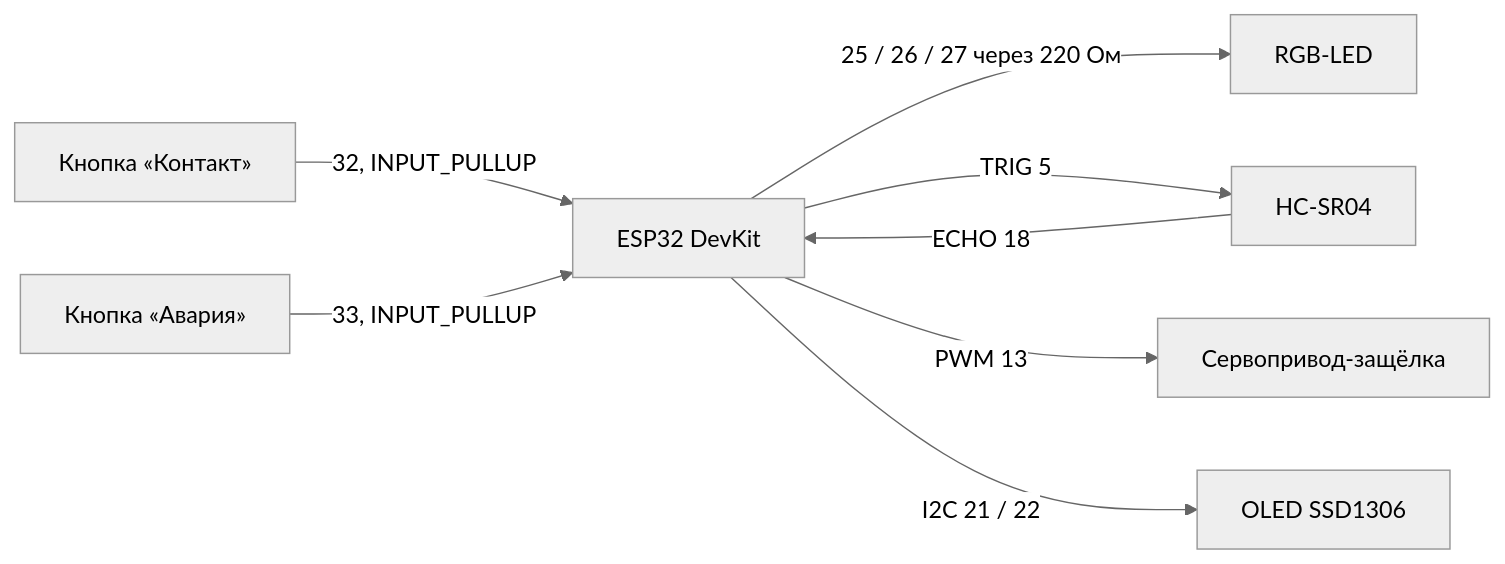
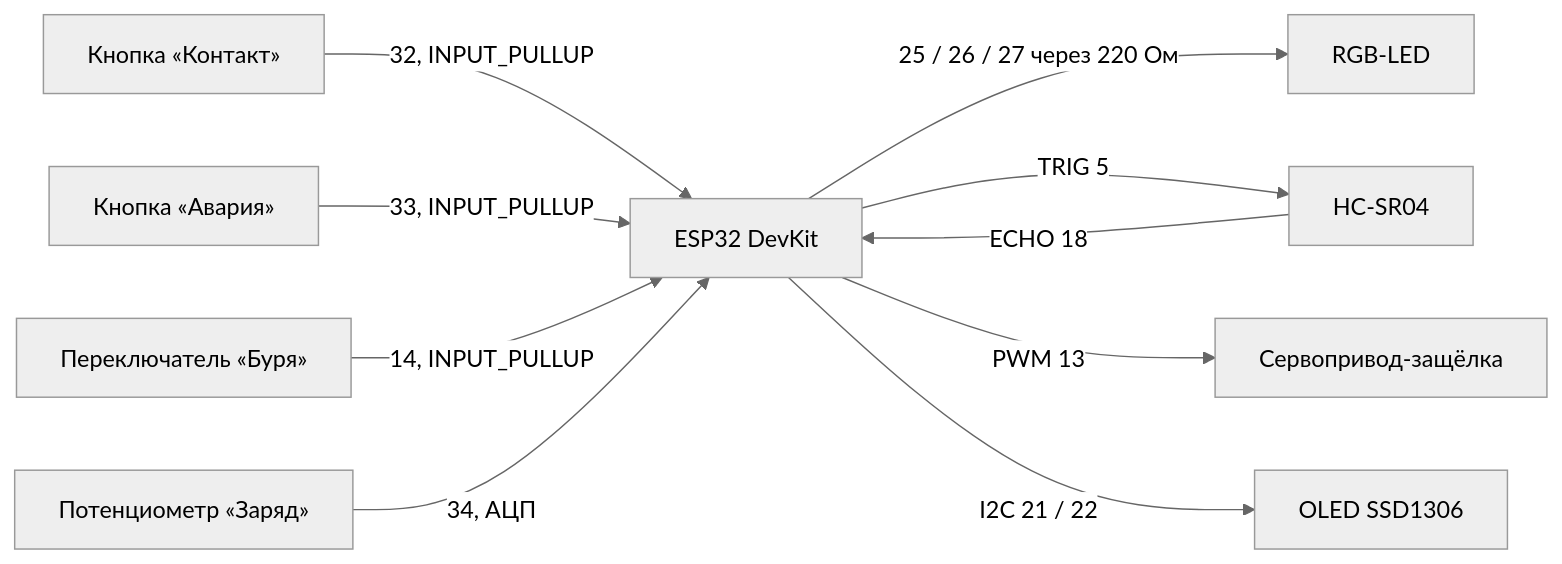
The diagram in docs/hardware.md (manskill586-tech/STARYS), drawn with Mermaid (neutral theme) before and after one commit. The commit also changed other lines of this file and 23 other files, not shown here.

````diff
--- a/docs/hardware.md
+++ b/docs/hardware.md
@@ -21,11 +23,13 @@
 ```mermaid
 flowchart LR
     ESP["ESP32 DevKit"]
     ESP -- "25 / 26 / 27 через 220 Ом" --> LED["RGB-LED"]
     ESP -- "TRIG 5" --> US["HC-SR04"]
     US -- "ECHO 18" --> ESP
     BTN1["Кнопка «Контакт»"] -- "32, INPUT_PULLUP" --> ESP
     BTN2["Кнопка «Авария»"] -- "33, INPUT_PULLUP" --> ESP
+    SW["Переключатель «Буря»"] -- "14, INPUT_PULLUP" --> ESP
+    POT["Потенциометр «Заряд»"] -- "34, АЦП" --> ESP
     ESP -- "PWM 13" --> SRV["Сервопривод-защёлка"]
     ESP -- "I2C 21 / 22" --> OLED["OLED SSD1306"]
 ```
````
